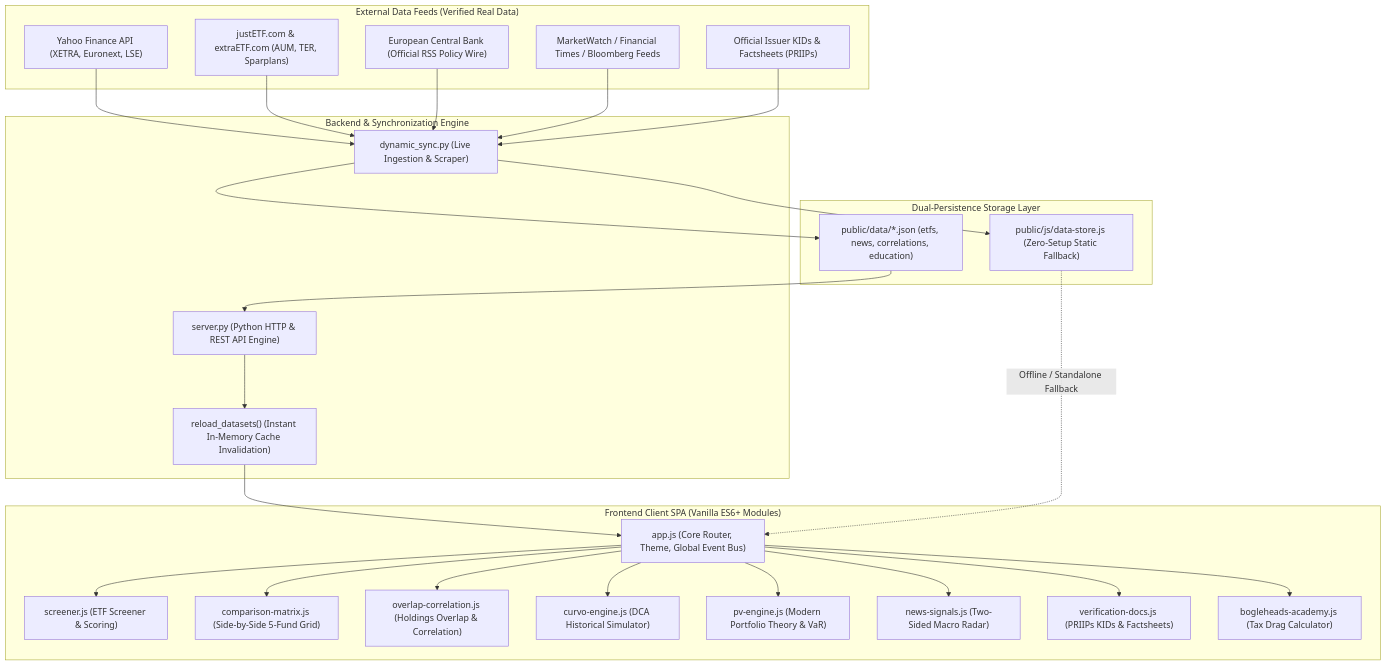
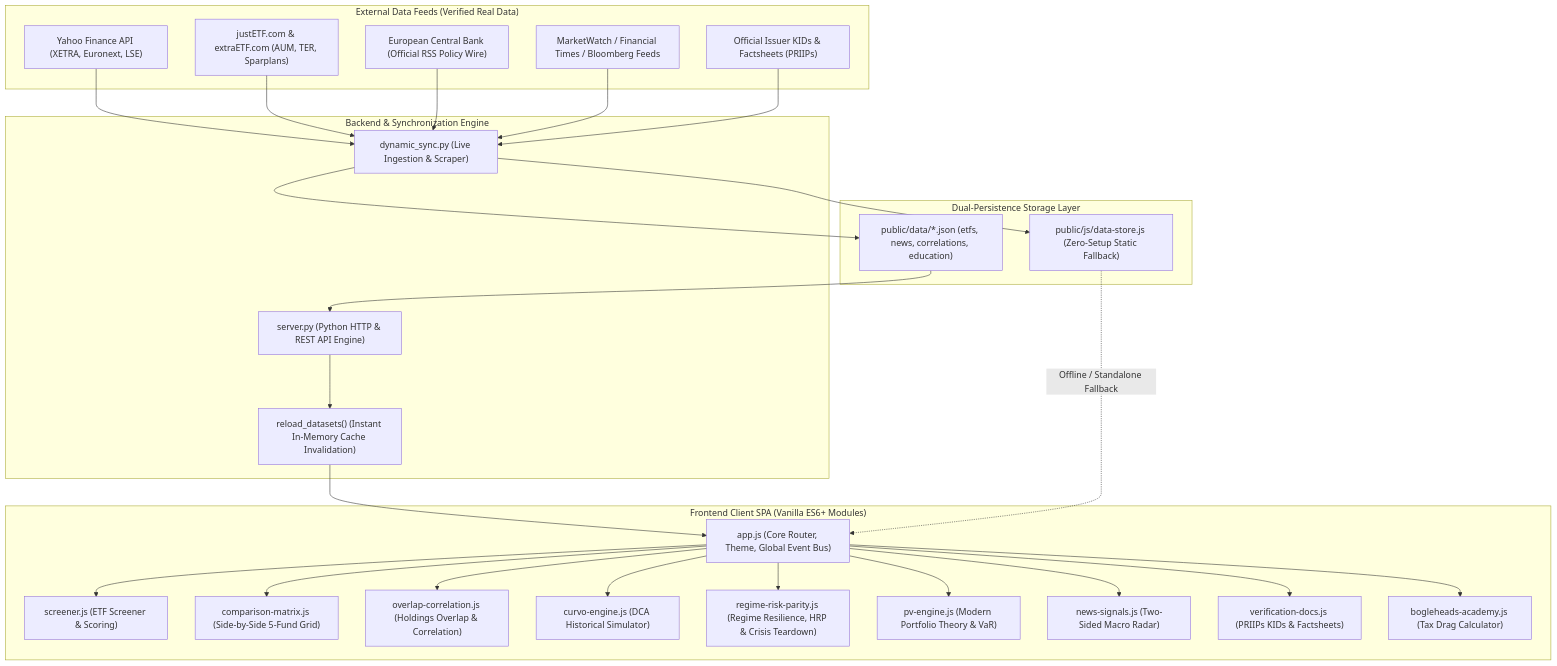
The diagram in prd.md (ChaosRez/investor-dashboard), drawn with Mermaid before and after one commit. The commit also changed other lines of this file and 18 other files, not shown here.

````diff
--- a/prd.md
+++ b/prd.md
@@ -208,57 +228,59 @@
 ```mermaid
 flowchart TD
     subgraph DataSources["External Data Feeds (Verified Real Data)"]
         YF["Yahoo Finance API (XETRA, Euronext, LSE)"]
         JE["justETF.com & extraETF.com (AUM, TER, Sparplans)"]
         ECB["European Central Bank (Official RSS Policy Wire)"]
         MW["MarketWatch / Financial Times / Bloomberg Feeds"]
         DOCS["Official Issuer KIDs & Factsheets (PRIIPs)"]
     end
 
     subgraph BackendSync["Backend & Synchronization Engine"]
         SYNC["dynamic_sync.py (Live Ingestion & Scraper)"]
         PY_SRV["server.py (Python HTTP & REST API Engine)"]
         MEM["reload_datasets() (Instant In-Memory Cache Invalidation)"]
     end
 
     subgraph DataStorage["Dual-Persistence Storage Layer"]
         JSON_STORE["public/data/*.json (etfs, news, correlations, education)"]
         JS_STORE["public/js/data-store.js (Zero-Setup Static Fallback)"]
     end
 
     subgraph FrontendApp["Frontend Client SPA (Vanilla ES6+ Modules)"]
         APP["app.js (Core Router, Theme, Global Event Bus)"]
         SCR["screener.js (ETF Screener & Scoring)"]
         CMP["comparison-matrix.js (Side-by-Side 5-Fund Grid)"]
         OVR["overlap-correlation.js (Holdings Overlap & Correlation)"]
         CRV["curvo-engine.js (DCA Historical Simulator)"]
+        PAR["regime-risk-parity.js (Regime Resilience, HRP & Crisis Teardown)"]
         PV["pv-engine.js (Modern Portfolio Theory & VaR)"]
         NWS["news-signals.js (Two-Sided Macro Radar)"]
         DOC["verification-docs.js (PRIIPs KIDs & Factsheets)"]
         ACD["bogleheads-academy.js (Tax Drag Calculator)"]
     end
 
     YF --> SYNC
     JE --> SYNC
     ECB --> SYNC
     MW --> SYNC
     DOCS --> SYNC
 
     SYNC --> JSON_STORE
     SYNC --> JS_STORE
 
     JSON_STORE --> PY_SRV
     PY_SRV --> MEM
     MEM --> APP
 
     JS_STORE -.->|Offline / Standalone Fallback| APP
 
     APP --> SCR
     APP --> CMP
     APP --> OVR
     APP --> CRV
+    APP --> PAR
     APP --> PV
     APP --> NWS
     APP --> DOC
     APP --> ACD
 ```
````
